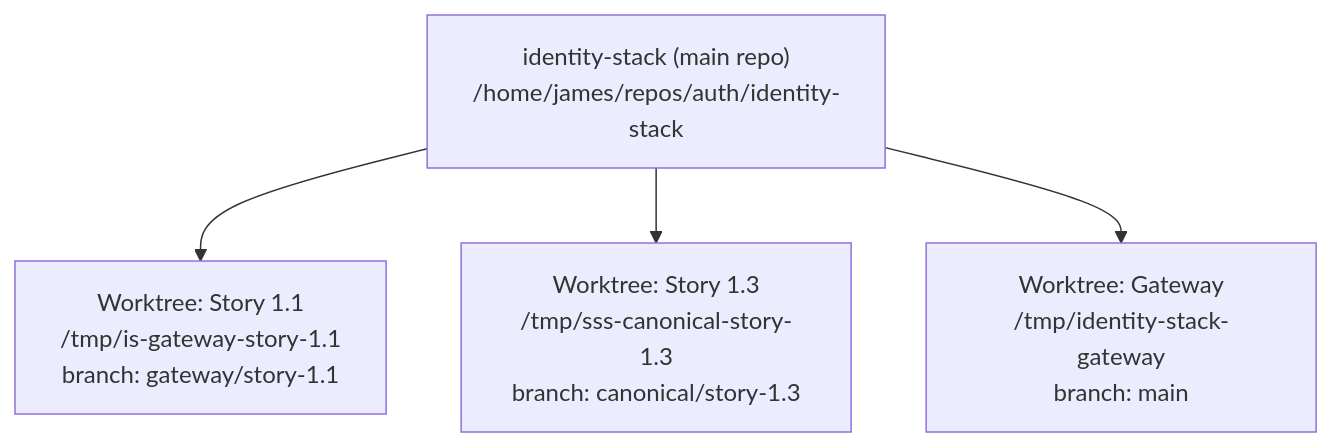
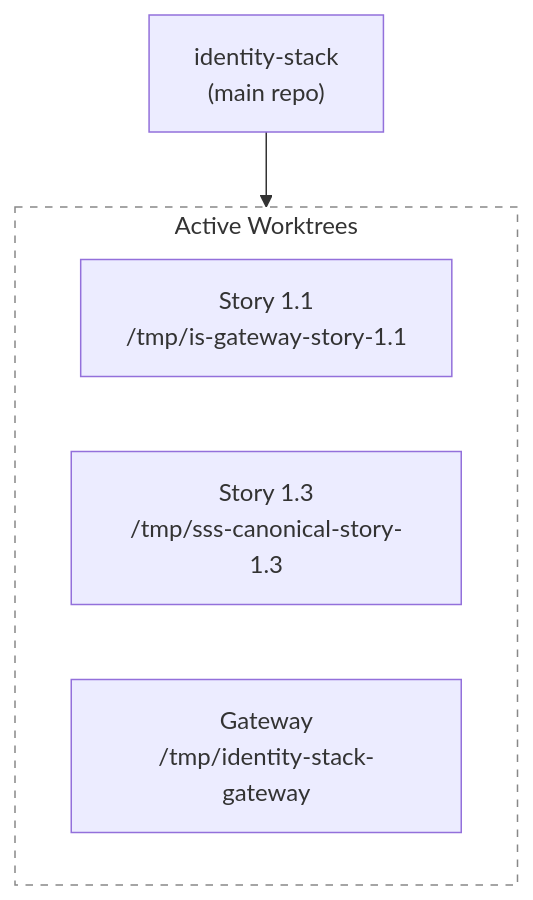
One commit to jamescrowley321/identity-stack-planning changed the third of 4 diagrams in docs/ralph-loop-process.md. Above: the diagram before and after it, drawn with Mermaid. The commit also changed other lines of this file and 4 other files, not shown here.

First line of the commit message:
docs: improve readability of all Mermaid diagrams

````diff
--- a/docs/ralph-loop-process.md
+++ b/docs/ralph-loop-process.md
@@ -161,11 +163,14 @@
 ```mermaid
 flowchart TD
-    MAIN["identity-stack (main repo)<br/>/home/james/repos/auth/identity-stack"]
-    WT1["Worktree: Story 1.1<br/>/tmp/is-gateway-story-1.1<br/>branch: gateway/story-1.1"]
-    WT2["Worktree: Story 1.3<br/>/tmp/sss-canonical-story-1.3<br/>branch: canonical/story-1.3"]
-    WT3["Worktree: Gateway<br/>/tmp/identity-stack-gateway<br/>branch: main"]
+    MAIN["identity-stack<br/>(main repo)"]
 
-    MAIN --> WT1
-    MAIN --> WT2
-    MAIN --> WT3
+    subgraph worktrees["Active Worktrees"]
+        WT1["Story 1.1<br/>/tmp/is-gateway-story-1.1"]
+        WT2["Story 1.3<br/>/tmp/sss-canonical-story-1.3"]
+        WT3["Gateway<br/>/tmp/identity-stack-gateway"]
+    end
+
+    MAIN --> worktrees
+
+    style worktrees fill:none,stroke:#888,stroke-dasharray:5
 ```
````
